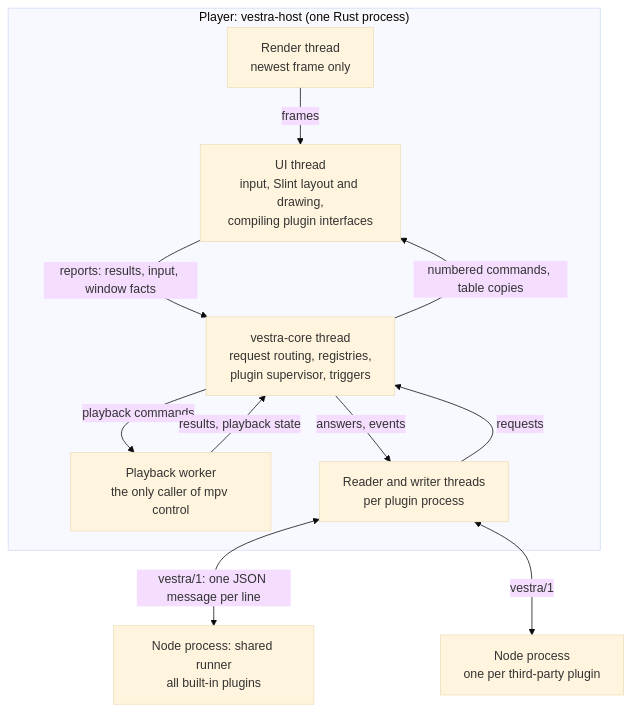
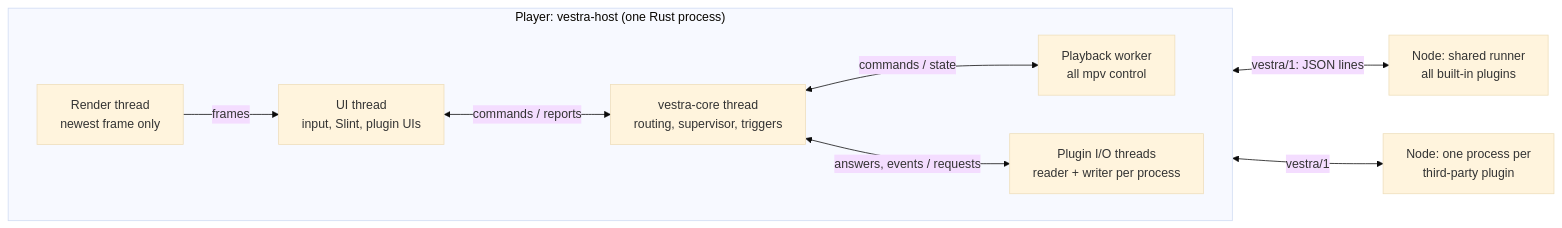
The diagram in README.md (vestrasys/vestra-player), drawn with Mermaid (base theme) before and after one commit.

Commit message:
README: wide, short architecture diagram (left to right) [skip ci]
Claude-Session: https://claude.ai/code/session_01QBEH3Ymiq4F8T2w4rV6vnm

````diff
--- a/README.md
+++ b/README.md
@@ -48,21 +48,19 @@
 ```mermaid
-flowchart TB
+flowchart LR
     subgraph HOST["Player: vestra-host (one Rust process)"]
-        UI["UI thread<br/>input, Slint layout and drawing,<br/>compiling plugin interfaces"]
-        CORE["vestra-core thread<br/>request routing, registries,<br/>plugin supervisor, triggers"]
-        PB["Playback worker<br/>the only caller of mpv control"]
+        direction LR
         RT["Render thread<br/>newest frame only"]
-        IO["Reader and writer threads<br/>per plugin process"]
+        UI["UI thread<br/>input, Slint, plugin UIs"]
+        CORE["vestra-core thread<br/>routing, supervisor, triggers"]
+        PB["Playback worker<br/>all mpv control"]
+        IO["Plugin I/O threads<br/>reader + writer per process"]
     end
-    SR["Node process: shared runner<br/>all built-in plugins"]
-    TP["Node process<br/>one per third-party plugin"]
-    CORE -- "numbered commands, table copies" --> UI
-    UI -- "reports: results, input, window facts" --> CORE
-    CORE -- "playback commands" --> PB
-    PB -- "results, playback state" --> CORE
+    SR["Node: shared runner<br/>all built-in plugins"]
+    TP["Node: one process per<br/>third-party plugin"]
     RT -- "frames" --> UI
-    IO -- "requests" --> CORE
-    CORE -- "answers, events" --> IO
-    IO <-->|"vestra/1: one JSON message per line"| SR
+    UI <-->|"commands / reports"| CORE
+    CORE <-->|"commands / state"| PB
+    CORE <-->|"answers, events / requests"| IO
+    IO <-->|"vestra/1: JSON lines"| SR
     IO <-->|"vestra/1"| TP
 ```
````
